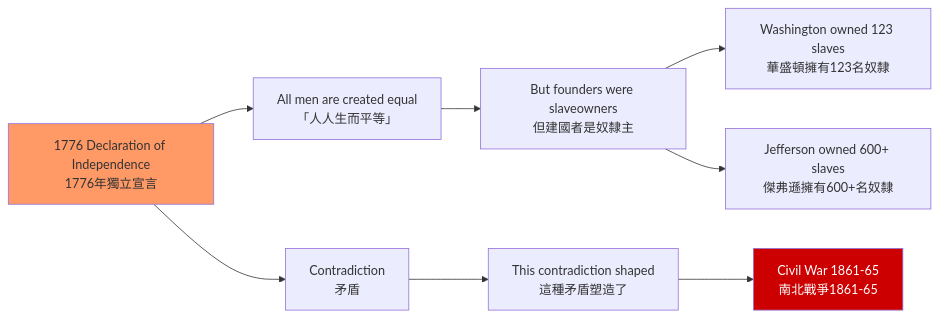
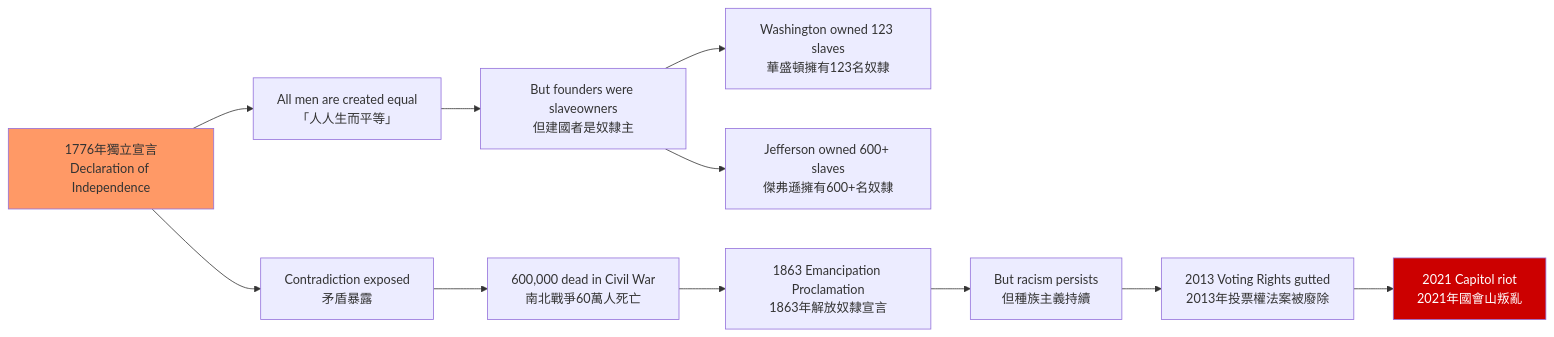
The first of 5 diagrams in 01_HKU_Courses/HIST1025_Introduction_to_the_United_States.md (yip-lgtm/HKU-Harvard-History-Self-Study), drawn with Mermaid before and after one commit. The commit also changed other lines of this file and 22 other files, not shown here.

````diff
--- a/01_HKU_Courses/HIST1025_Introduction_to_the_United_States.md
+++ b/01_HKU_Courses/HIST1025_Introduction_to_the_United_States.md
@@ -57,14 +342,18 @@
 ```mermaid
 graph LR
-    A[1776 Declaration of Independence<br/>1776年獨立宣言] --> B["All men are created equal"<br/>「人人生而平等」]
+    A[1776年獨立宣言<br/>Declaration of Independence] --> B["All men are created equal"<br/>「人人生而平等」]
     B --> C[But founders were slaveowners<br/>但建國者是奴隸主]
     C --> D[Washington owned 123 slaves<br/>華盛頓擁有123名奴隸]
     C --> E[Jefferson owned 600+ slaves<br/>傑弗遜擁有600+名奴隸]
     
-    A --> F[Contradiction<br/>矛盾]
-    F --> G[This contradiction shaped<br/>這種矛盾塑造了]
-    G --> H[Civil War 1861-65<br/>南北戰爭1861-65]
+    A --> F[Contradiction exposed<br/>矛盾暴露]
+    F --> G[600,000 dead in Civil War<br/>南北戰爭60萬人死亡]
+    
+    G --> H[1863 Emancipation Proclamation<br/>1863年解放奴隸宣言]
+    H --> I[But racism persists<br/>但種族主義持續]
+    I --> J[2013 Voting Rights gutted<br/>2013年投票權法案被廢除]
+    J --> K[2021 Capitol riot<br/>2021年國會山叛亂]
     
     style A fill:#f96
-    style H fill:#c00,color:#fff
+    style K fill:#c00,color:#fff
 ```
````
